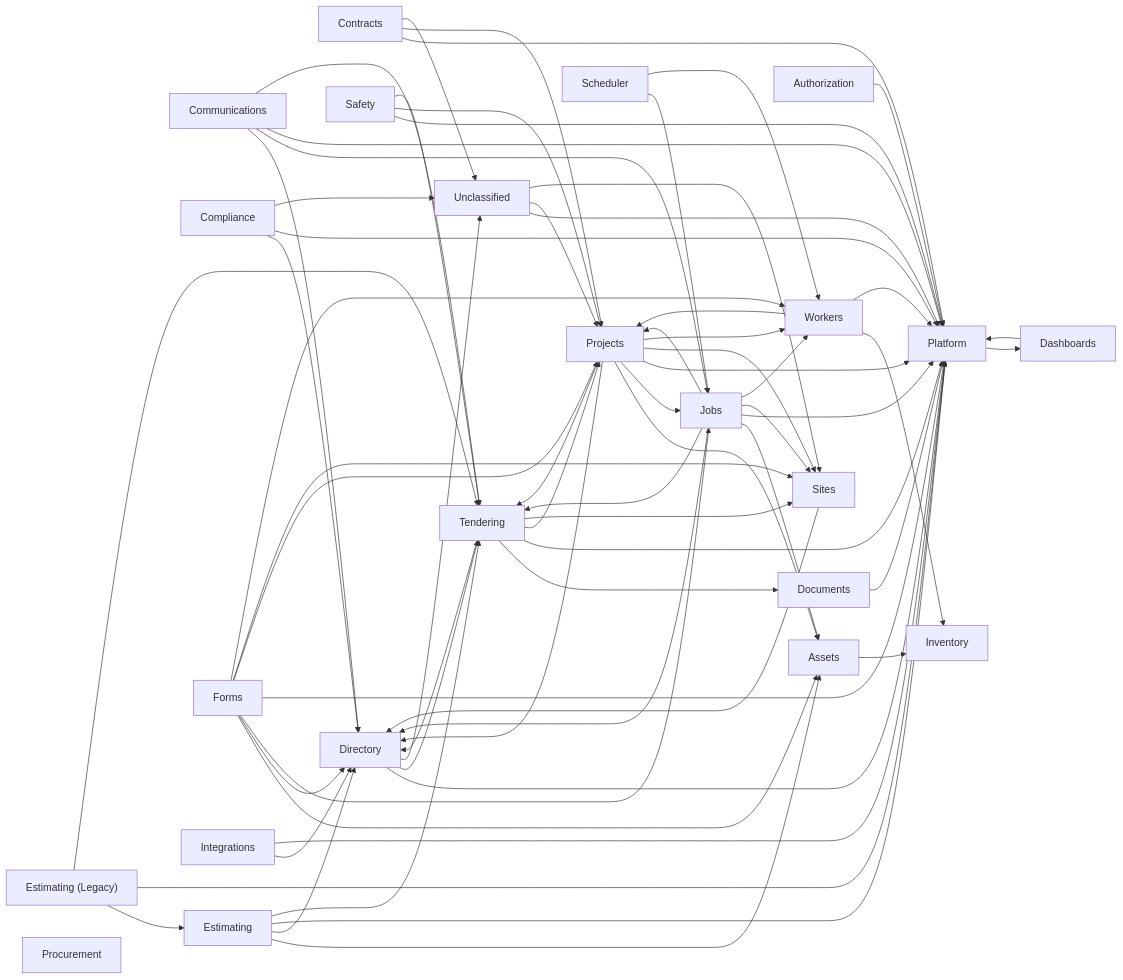
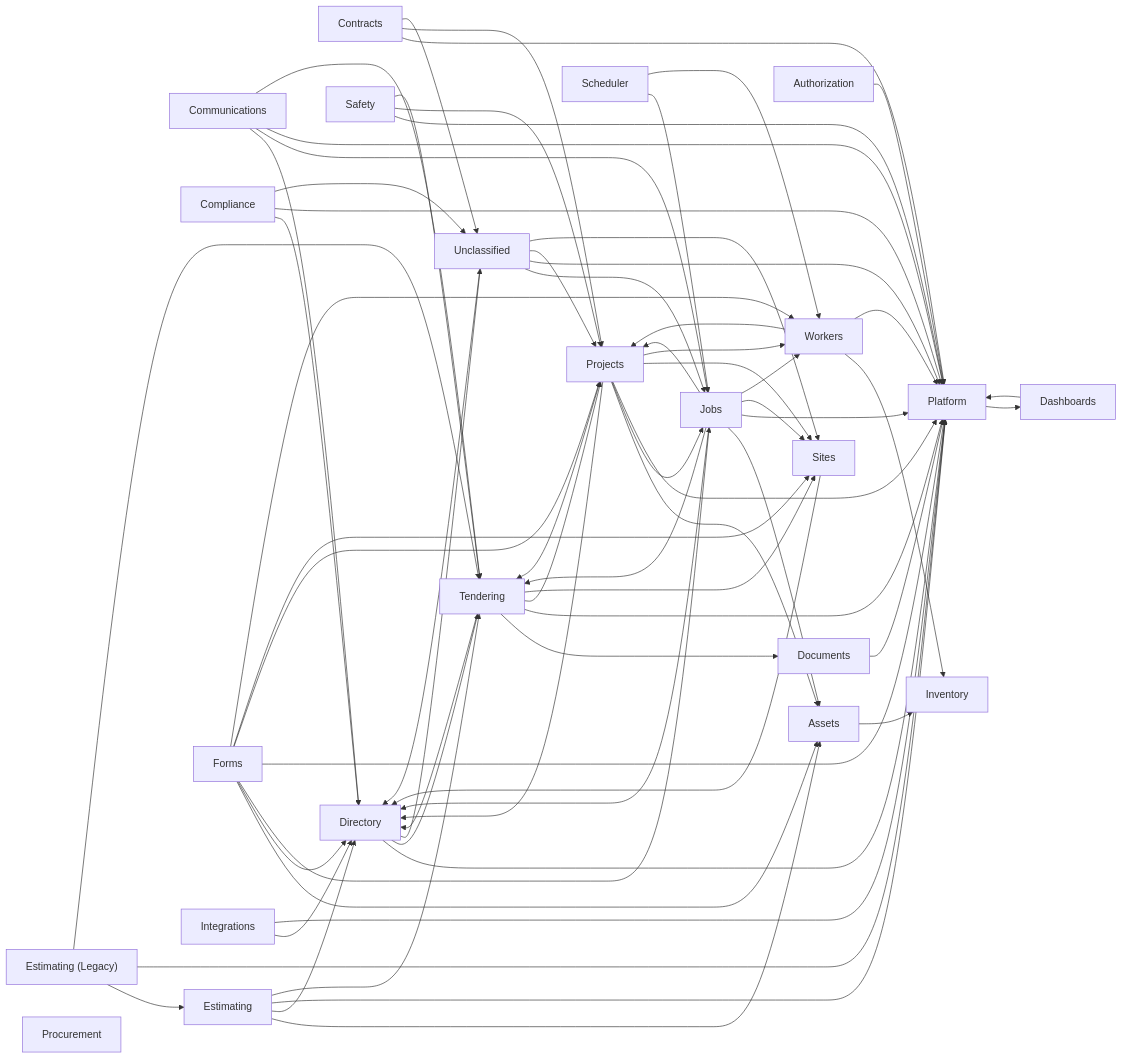
The diagram in docs/data-model/relationship-map.md (GH-Mantova/ProjectOperations), drawn with Mermaid before and after one commit. The commit also changed other lines of this file and 9 other files, not shown here.

```diff
--- a/docs/data-model/relationship-map.md
+++ b/docs/data-model/relationship-map.md
@@ -140,6 +140,8 @@
   tendering --> platform
   tendering --> projects
   tendering --> sites
+  unclassified --> directory
+  unclassified --> jobs
   unclassified --> platform
   unclassified --> projects
   unclassified --> sites
```
